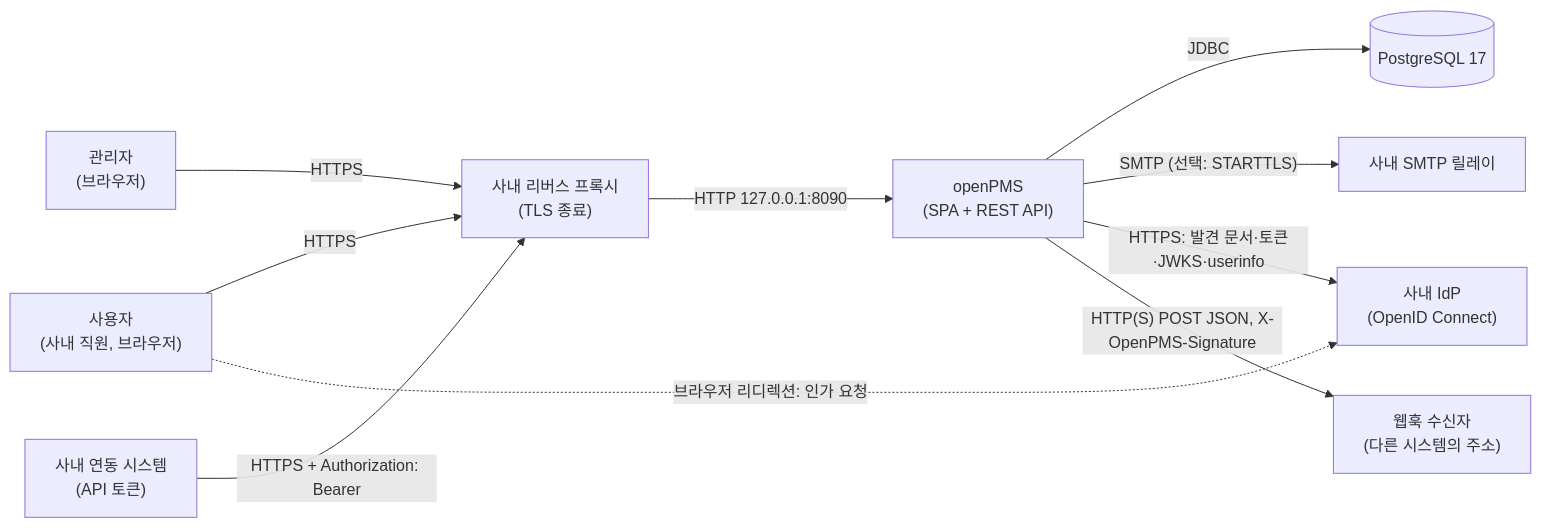
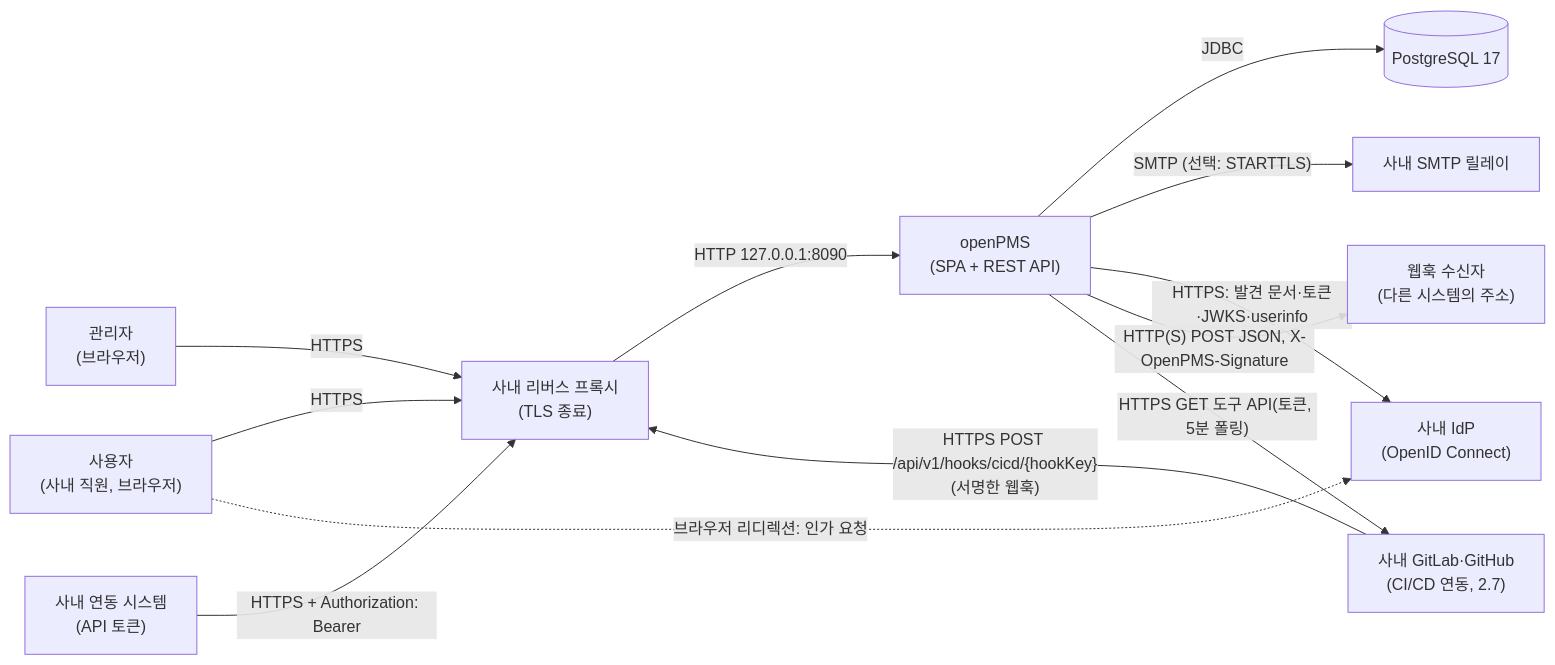
Before and after one commit to outlet13f/openPMS: the first of 12 diagrams in docs/deliverables/03-아키텍처설계서.md, drawn with Mermaid. The commit also changed other lines of this file and 14 other files, not shown here.

````diff
--- a/docs/deliverables/03-아키텍처설계서.md
+++ b/docs/deliverables/03-아키텍처설계서.md
@@ -111,22 +112,25 @@
 ```mermaid
 flowchart LR
     user["사용자<br/>(사내 직원, 브라우저)"]
     admin["관리자<br/>(브라우저)"]
     proxy["사내 리버스 프록시<br/>(TLS 종료)"]
     app["openPMS<br/>(SPA + REST API)"]
     db[("PostgreSQL 17")]
     smtp["사내 SMTP 릴레이"]
     idp["사내 IdP<br/>(OpenID Connect)"]
     ext["사내 연동 시스템<br/>(API 토큰)"]
     hook["웹훅 수신자<br/>(다른 시스템의 주소)"]
+    git["사내 GitLab·GitHub<br/>(CI/CD 연동, 2.7)"]
 
     user -- HTTPS --> proxy
     admin -- HTTPS --> proxy
     ext -- "HTTPS + Authorization: Bearer" --> proxy
     proxy -- "HTTP 127.0.0.1:8090" --> app
     app -- JDBC --> db
     app -- "SMTP (선택: STARTTLS)" --> smtp
     app -- "HTTPS: 발견 문서·토큰·JWKS·userinfo" --> idp
     app -- "HTTP(S) POST JSON, X-OpenPMS-Signature" --> hook
+    git -- "HTTPS POST /api/v1/hooks/cicd/{hookKey}<br/>(서명한 웹훅)" --> proxy
+    app -- "HTTPS GET 도구 API(토큰, 5분 폴링)" --> git
     user -. "브라우저 리디렉션: 인가 요청" .-> idp
 ```
````
